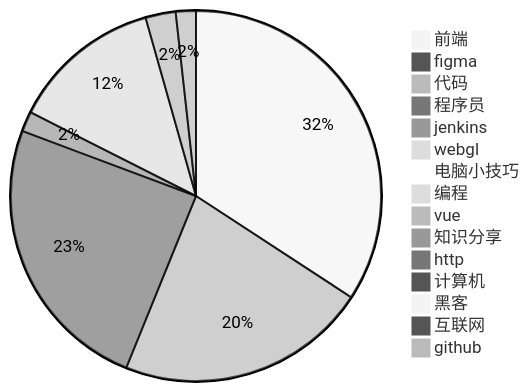
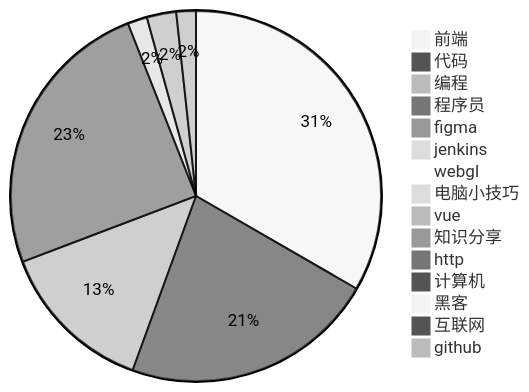
One commit to xieerduos/xieerduos.github.io changed the diagram in douyin/RankingList.md. Above: the diagram before and after it, drawn with Mermaid (neutral theme). The commit also changed other lines of this file, not shown here.

````diff
--- a/douyin/RankingList.md
+++ b/douyin/RankingList.md
@@ -60,18 +60,18 @@
 ```Mermaid
 pie title 
     "前端" : 39
+    "代码" : 26
+    "编程" : 16
+    "程序员" : 29
     "figma" : 1
-    "代码" : 25
-    "程序员" : 28
     "jenkins" : 2
     "webgl" : 1
     "电脑小技巧" : 1
-    "编程" : 15
     "vue" : 3
     "知识分享" : 1
     "http" : 1
     "计算机" : 1
     "黑客" : 1
     "互联网" : 1
     "github" : 2
 ```
````
